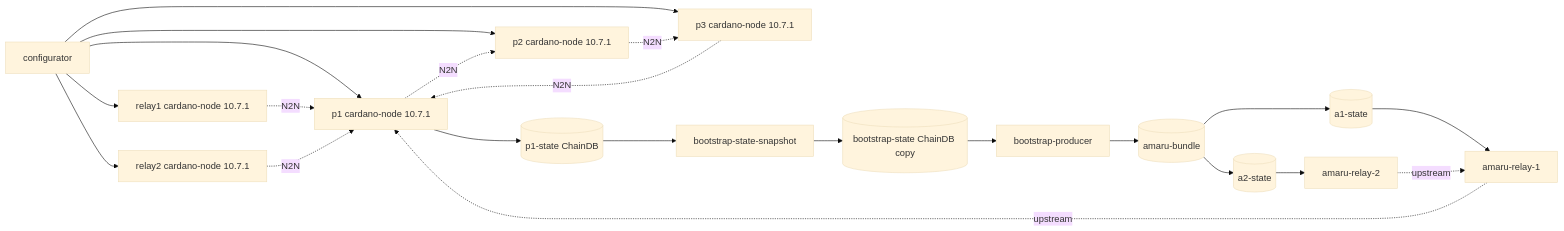
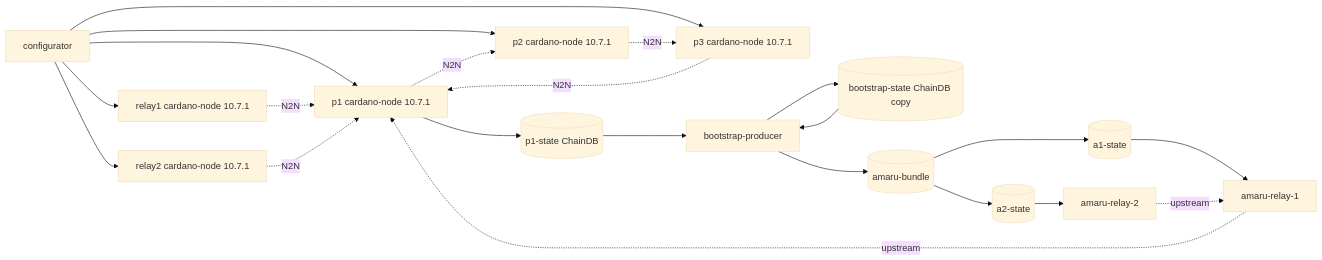
The diagram in docs/testnets/cardano-amaru.md (cardano-foundation/cardano-node-antithesis), drawn with Mermaid (base theme) before and after one commit. The commit also changed other lines of this file and 5 other files, not shown here.

````diff
--- a/docs/testnets/cardano-amaru.md
+++ b/docs/testnets/cardano-amaru.md
@@ -94,27 +97,27 @@
 ```mermaid
 flowchart LR
     configurator[configurator] --> p1[p1 cardano-node 10.7.1]
     configurator --> p2[p2 cardano-node 10.7.1]
     configurator --> p3[p3 cardano-node 10.7.1]
     configurator --> relay1[relay1 cardano-node 10.7.1]
     configurator --> relay2[relay2 cardano-node 10.7.1]
 
     p1 -.N2N.-> p2
     p2 -.N2N.-> p3
     p3 -.N2N.-> p1
     relay1 -.N2N.-> p1
     relay2 -.N2N.-> p1
 
     p1 --> chain[(p1-state ChainDB)]
-    chain --> snap[bootstrap-state-snapshot]
-    snap --> copy[(bootstrap-state ChainDB copy)]
-    copy --> producer[bootstrap-producer]
+    chain --> producer[bootstrap-producer]
+    producer --> copy[(bootstrap-state ChainDB copy)]
+    copy --> producer
     producer --> bundle[(amaru-bundle)]
     bundle --> a1[(a1-state)]
     bundle --> a2[(a2-state)]
     a1 --> amaru1[amaru-relay-1]
     a2 --> amaru2[amaru-relay-2]
 
     amaru1 -.upstream.-> p1
     amaru2 -.upstream.-> amaru1
 ```
````
